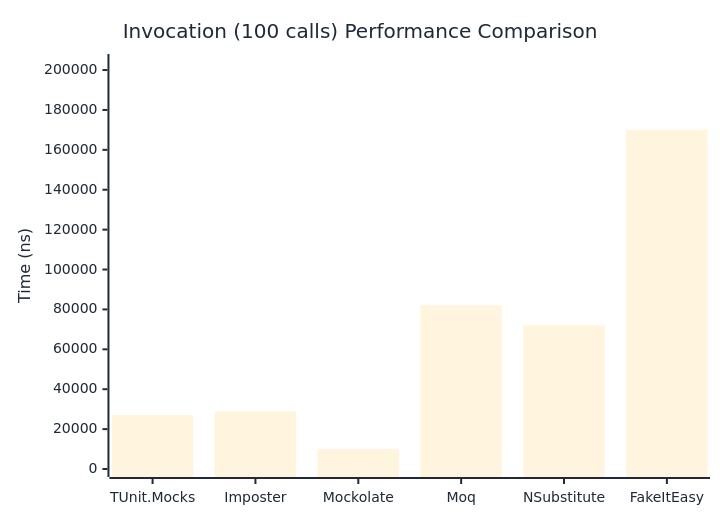
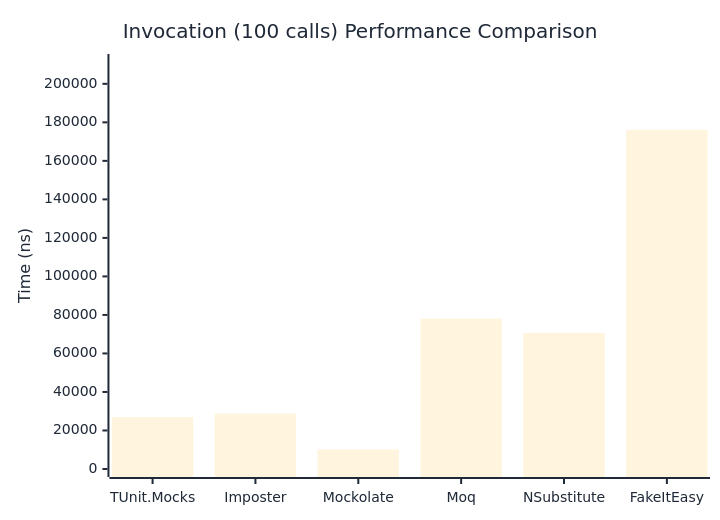
One commit to thomhurst/TUnit changed the third of 3 diagrams in docs/docs/benchmarks/mocks/Invocation.md. Above: the diagram before and after it, drawn with Mermaid. The commit also changed other lines of this file and 14 other files, not shown here.

````diff
--- a/docs/docs/benchmarks/mocks/Invocation.md
+++ b/docs/docs/benchmarks/mocks/Invocation.md
@@ -112,27 +112,27 @@
 ```mermaid
 %%{init: {
   'theme':'base',
   'themeVariables': {
     'primaryColor': '#2563eb',
     'primaryTextColor': '#1f2937',
     'primaryBorderColor': '#1e40af',
     'lineColor': '#6b7280',
     'secondaryColor': '#7c3aed',
     'tertiaryColor': '#dc2626',
     'background': '#ffffff',
     'pie1': '#2563eb',
     'pie2': '#7c3aed',
     'pie3': '#dc2626',
     'pie4': '#f59e0b',
     'pie5': '#10b981',
     'pie6': '#06b6d4',
     'pie7': '#ec4899',
     'pie8': '#6366f1'
   }
 }}%%
 xychart-beta
   title "Invocation (100 calls) Performance Comparison"
   x-axis ["TUnit.Mocks", "Imposter", "Mockolate", "Moq", "NSubstitute", "FakeItEasy"]
-  y-axis "Time (ns)" 0 --> 204038
-  bar [26996.11, 28842.66, 10112.98, 82115.24, 72020.19, 170031.55]
+  y-axis "Time (ns)" 0 --> 211331
+  bar [26924.76, 28815.71, 10124.68, 78114.89, 70692.68, 176108.82]
 ```
````
